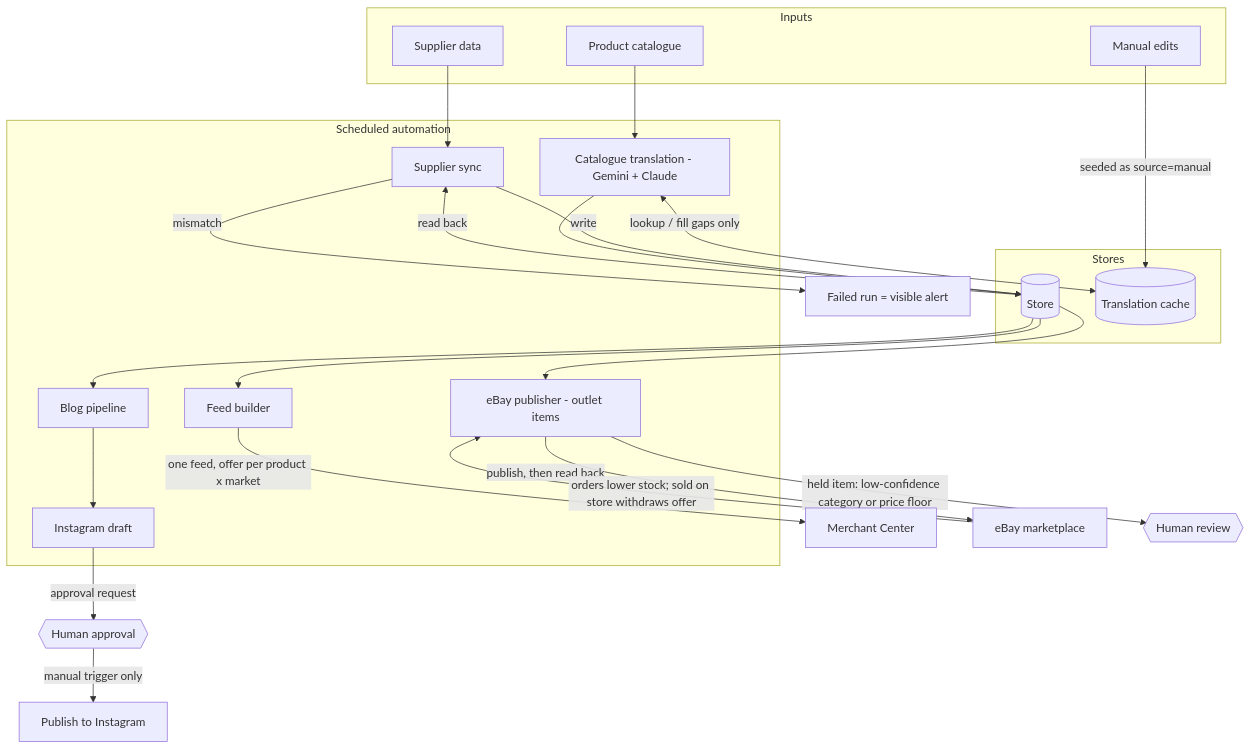
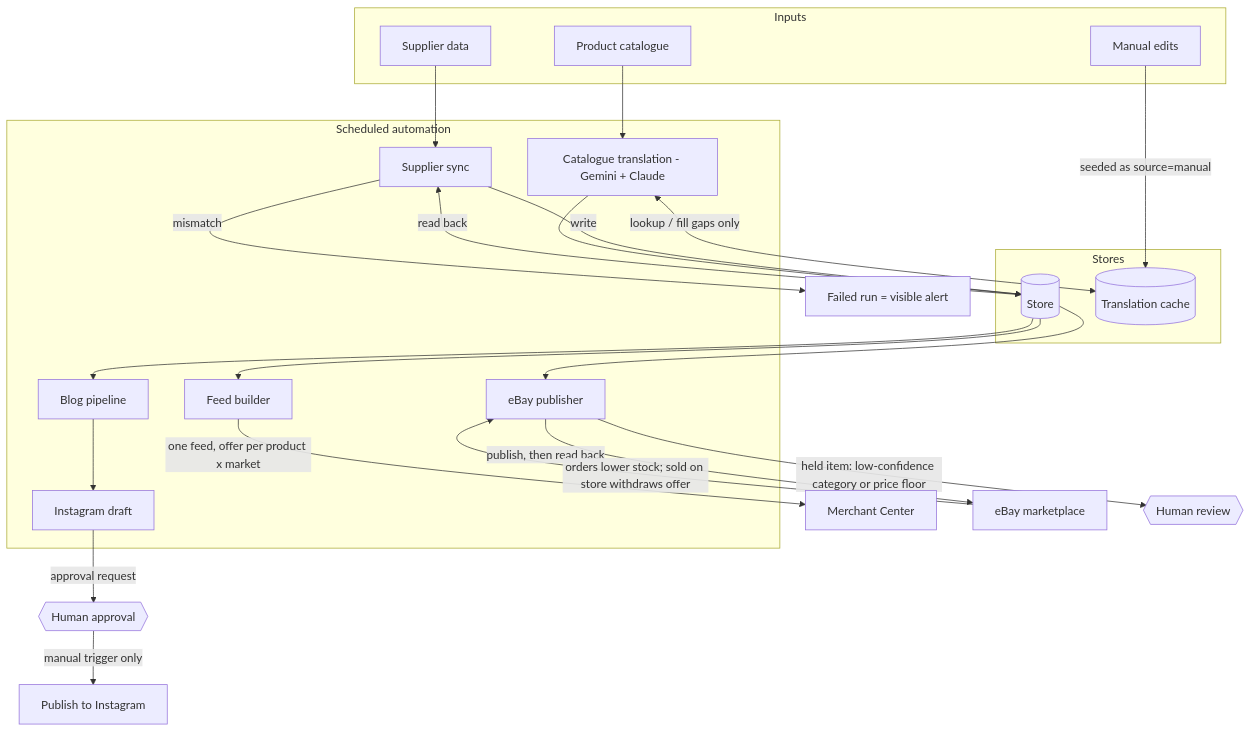
Before and after one commit to drostark/ai-ecommerce-pipelines: the diagram in docs/architecture.md, drawn with Mermaid. The commit also changed other lines of this file and 2 other files, not shown here.

First line of the commit message:
Present Gemini and eBay as workflow components, drop production status

````diff
--- a/docs/architecture.md
+++ b/docs/architecture.md
@@ -5,44 +5,44 @@
 ```mermaid
 flowchart TB
     subgraph Inputs
         SUP[Supplier data]
         CAT[Product catalogue]
         EDIT[Manual edits]
     end
 
     subgraph Automation["Scheduled automation"]
         SYNC[Supplier sync]
         TR[Catalogue translation - Gemini + Claude]
         FEED[Feed builder]
-        EBAY[eBay publisher - outlet items]
+        EBAY[eBay publisher]
         BLOG[Blog pipeline]
         IGD[Instagram draft]
     end
 
     subgraph Stores
         SHOP[(Store)]
         CACHE[(Translation cache)]
     end
 
     SUP --> SYNC
     SYNC -->|write| SHOP
     SHOP -->|read back| SYNC
     SYNC -->|mismatch| ALERT[Failed run = visible alert]
 
     EDIT -->|seeded as source=manual| CACHE
     CAT --> TR
     TR <-->|lookup / fill gaps only| CACHE
     TR --> SHOP
 
     SHOP --> FEED
     FEED -->|"one feed, offer per product x market"| MC[Merchant Center]
 
     SHOP --> EBAY
     EBAY -->|"publish, then read back"| EB[eBay marketplace]
     EB -->|"orders lower stock; sold on store withdraws offer"| EBAY
     EBAY -->|"held item: low-confidence category or price floor"| H2{{Human review}}
 
     SHOP --> BLOG --> IGD
     IGD -->|approval request| H{{Human approval}}
     H -->|manual trigger only| PUB[Publish to Instagram]
 ```
````
